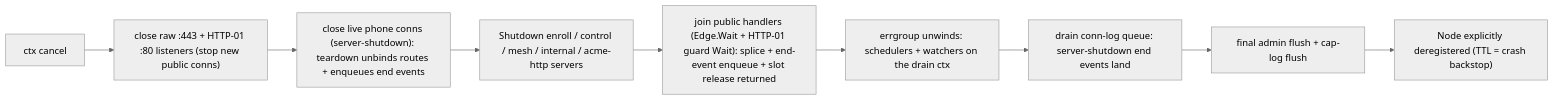
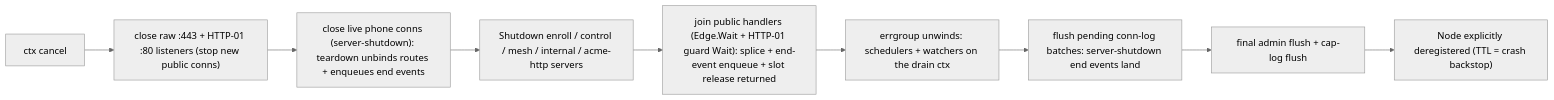
The third of 3 diagrams in docs/ARCHITECTURE.md (danielealbano/android-remote-control-mcp-tunneld), drawn with Mermaid (neutral theme) before and after one commit. The commit also changed other lines of this file and 13 other files, not shown here.

````diff
--- a/docs/ARCHITECTURE.md
+++ b/docs/ARCHITECTURE.md
@@ -252,11 +256,11 @@
 ```mermaid
 flowchart LR
   cancel["ctx cancel"] --> close["close raw :443 + HTTP-01 :80 listeners (stop new public conns)"]
   close --> phones["close live phone conns (server-shutdown): teardown unbinds routes + enqueues end events"]
   phones --> drain["Shutdown enroll / control / mesh / internal / acme-http servers"]
   drain --> join["join public handlers (Edge.Wait + HTTP-01 guard Wait): splice + end-event enqueue + slot release returned"]
   join --> group["errgroup unwinds: schedulers + watchers on the drain ctx"]
-  group --> queue["drain conn-log queue: server-shutdown end events land"]
+  group --> queue["flush pending conn-log batches: server-shutdown end events land"]
   queue --> flush["final admin flush + cap-log flush"]
   flush --> dereg["Node explicitly deregistered (TTL = crash backstop)"]
 ```
````
